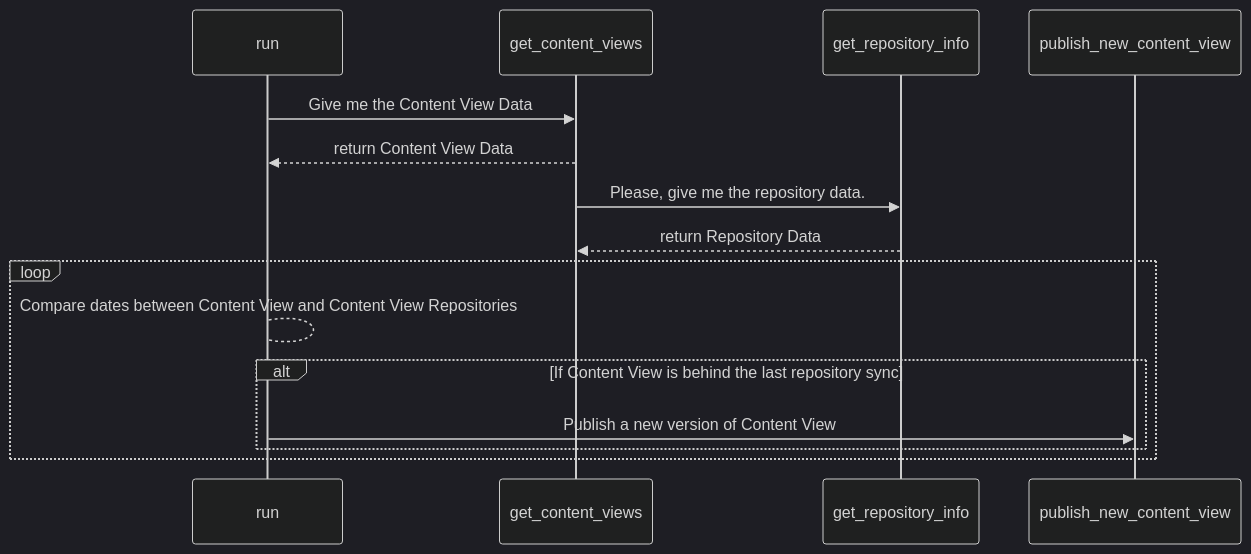
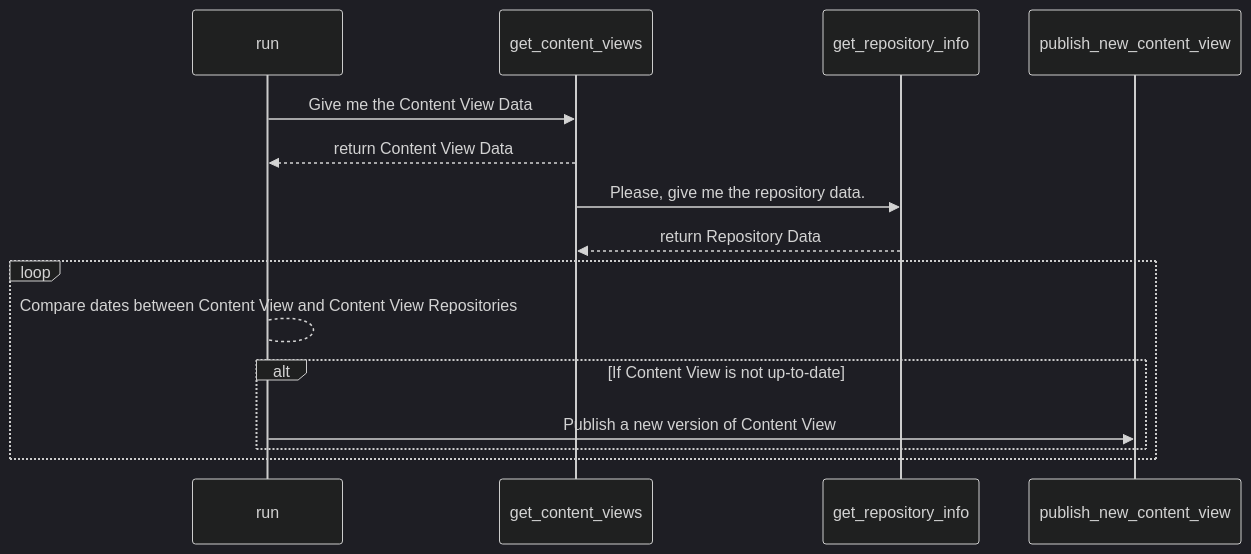
One commit to ambrisolla/katello-publish-content-view changed the diagram in README.md. Above: the diagram before and after it, drawn with Mermaid (dark theme). The commit also changed other lines of this file, not shown here.

Commit message:
add script

````diff
--- a/README.md
+++ b/README.md
@@ -52,14 +52,14 @@
 ```mermaid
 sequenceDiagram
     run->>get_content_views: Give me the Content View Data
     get_content_views-->>run: return Content View Data
     get_content_views->>get_repository_info: Please, give me the repository data.
     get_repository_info-->>get_content_views: return Repository Data
     loop
       run-->run:Compare dates between Content View and Content View Repositories
-      alt If Content View is behind the last repository sync
+      alt If Content View is not up-to-date
           run->>publish_new_content_view: Publish a new version of Content View
       end
     end
     
 ```
````
